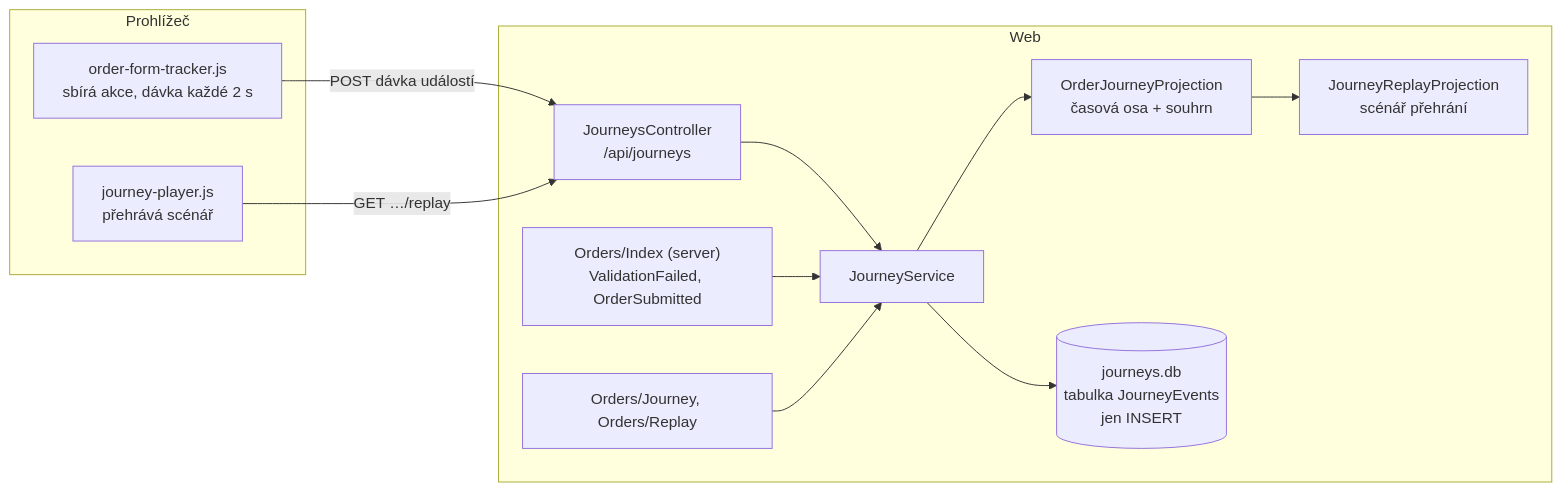
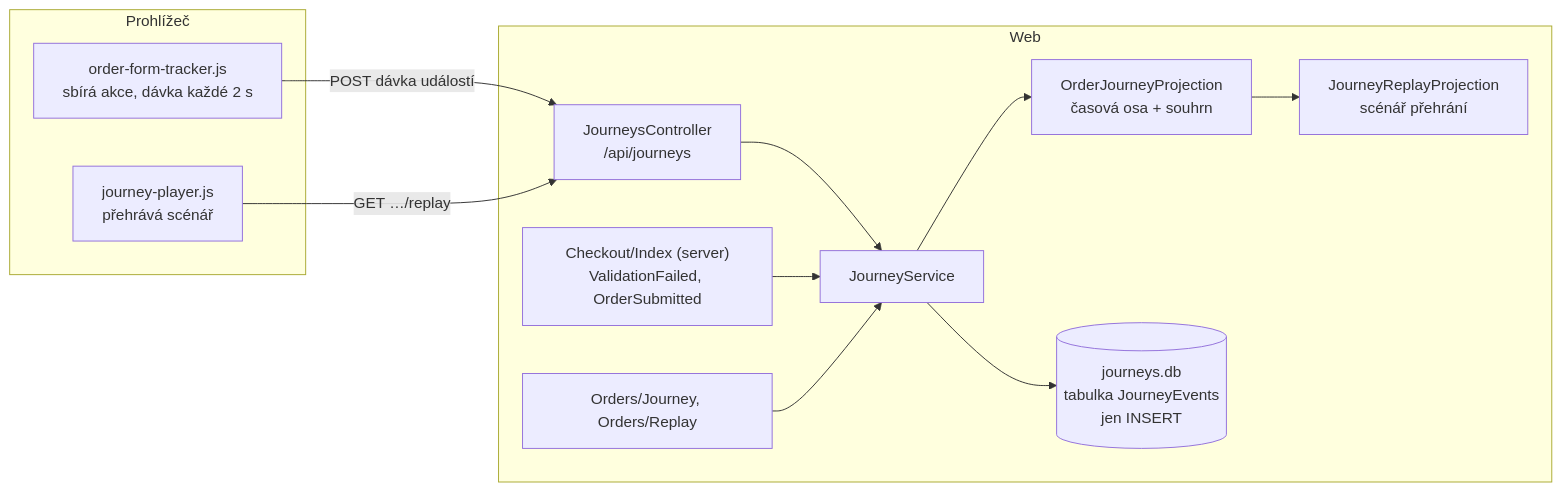
One commit to ftichy/MiniShop changed the diagram in docs/prirucka/architektura/moduly/journeys.md. Above: the diagram before and after it, drawn with Mermaid. The commit also changed other lines of this file and 26 other files, not shown here.

````diff
--- a/docs/prirucka/architektura/moduly/journeys.md
+++ b/docs/prirucka/architektura/moduly/journeys.md
@@ -12,31 +12,31 @@
 ```mermaid
 flowchart LR
     subgraph browser["Prohlížeč"]
         tracker["order-form-tracker.js<br/>sbírá akce, dávka každé 2 s"]
         player["journey-player.js<br/>přehrává scénář"]
     end
 
     subgraph web["Web"]
         ctrl["JourneysController<br/>/api/journeys"]
-        page["Orders/Index (server)<br/>ValidationFailed, OrderSubmitted"]
+        page["Checkout/Index (server)<br/>ValidationFailed, OrderSubmitted"]
         pages["Orders/Journey, Orders/Replay"]
         svc["JourneyService"]
         p1["OrderJourneyProjection<br/>časová osa + souhrn"]
         p2["JourneyReplayProjection<br/>scénář přehrání"]
         db[("journeys.db<br/>tabulka JourneyEvents<br/>jen INSERT")]
     end
 
     tracker -->|"POST dávka událostí"| ctrl
     ctrl --> svc
     page --> svc
     svc --> db
     pages --> svc
     svc --> p1
     p1 --> p2
     player -->|"GET …/replay"| ctrl
 
     click svc "/Docs/eda/proud-udalosti"
     click p1 "/Docs/eda/proud-udalosti"
     click p2 "/Docs/eda/proud-udalosti"
     click tracker "/Docs/toky/prubeh-formulare"
 ```
````
